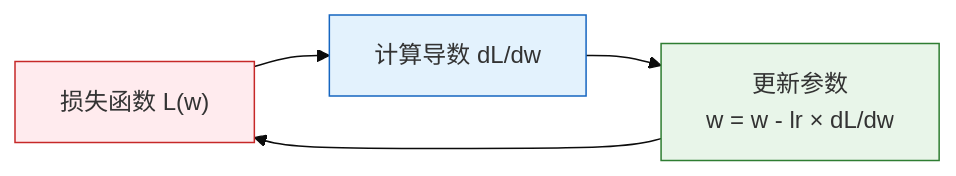
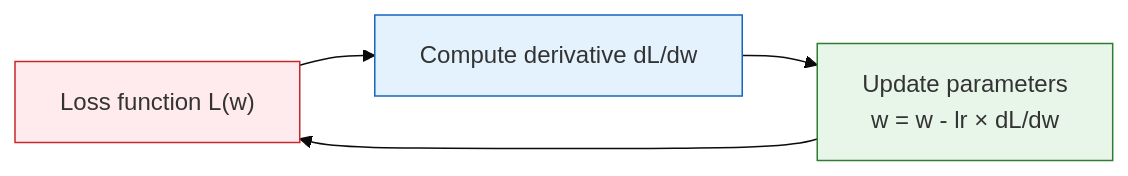
Before and after one commit to oudbiao/AI-fullstack-course: the diagram in docs/ch04-ai-math/ch03-calculus/01-derivatives.md, drawn with Mermaid (base theme). The commit also changed other lines of this file and 1406 other files, not shown here.

````diff
--- a/docs/ch04-ai-math/ch03-calculus/01-derivatives.md
+++ b/docs/ch04-ai-math/ch03-calculus/01-derivatives.md
@@ -211,10 +211,10 @@
 ```mermaid
 flowchart LR
-    L["损失函数 L(w)"] --> D["计算导数 dL/dw"]
-    D --> U["更新参数<br/>w = w - lr × dL/dw"]
+    L["Loss function L(w)"] --> D["Compute derivative dL/dw"]
+    D --> U["Update parameters<br/>w = w - lr × dL/dw"]
     U --> L
 
     style L fill:#ffebee,stroke:#c62828,color:#333
     style D fill:#e3f2fd,stroke:#1565c0,color:#333
     style U fill:#e8f5e9,stroke:#2e7d32,color:#333
 ```
````
